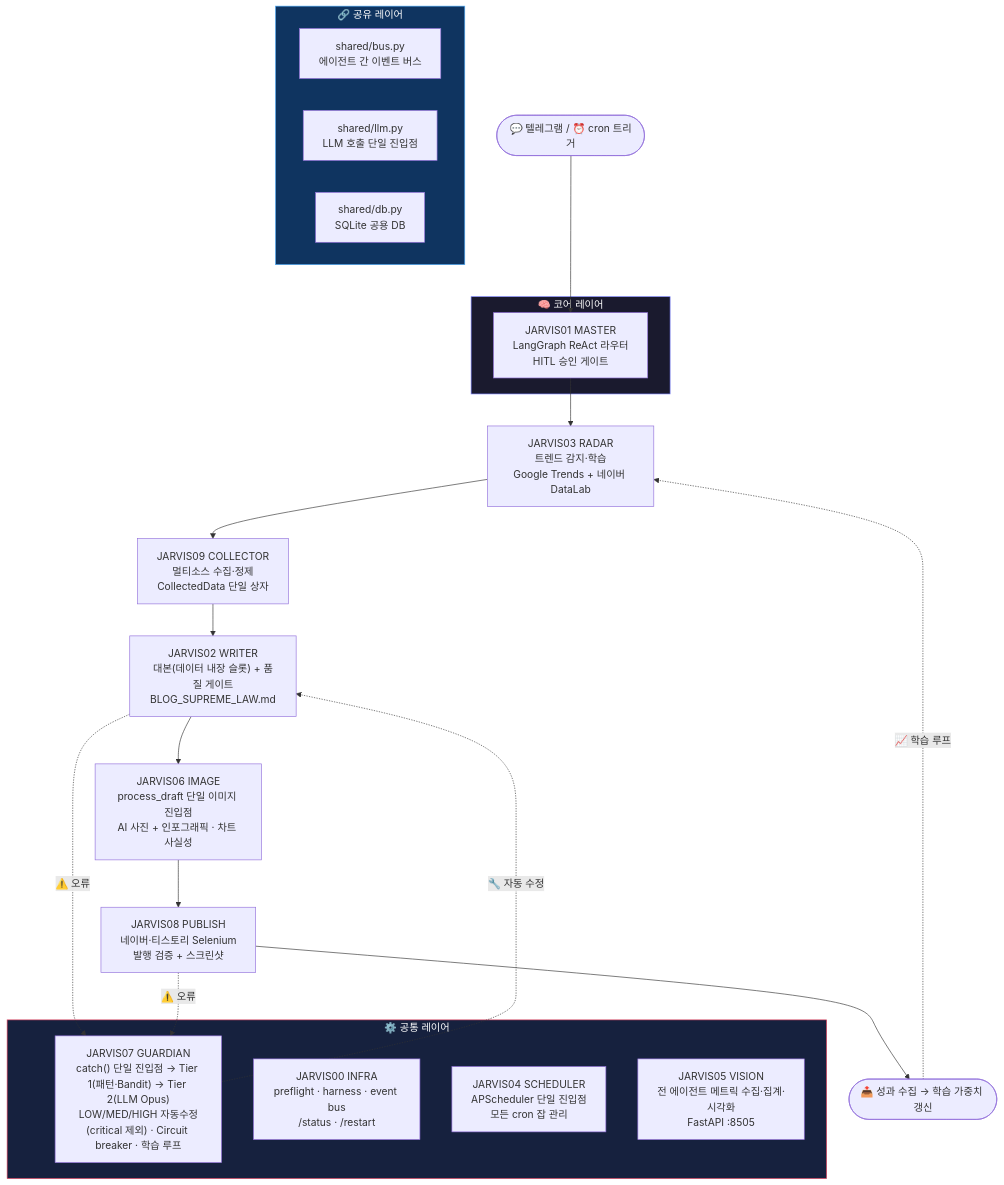
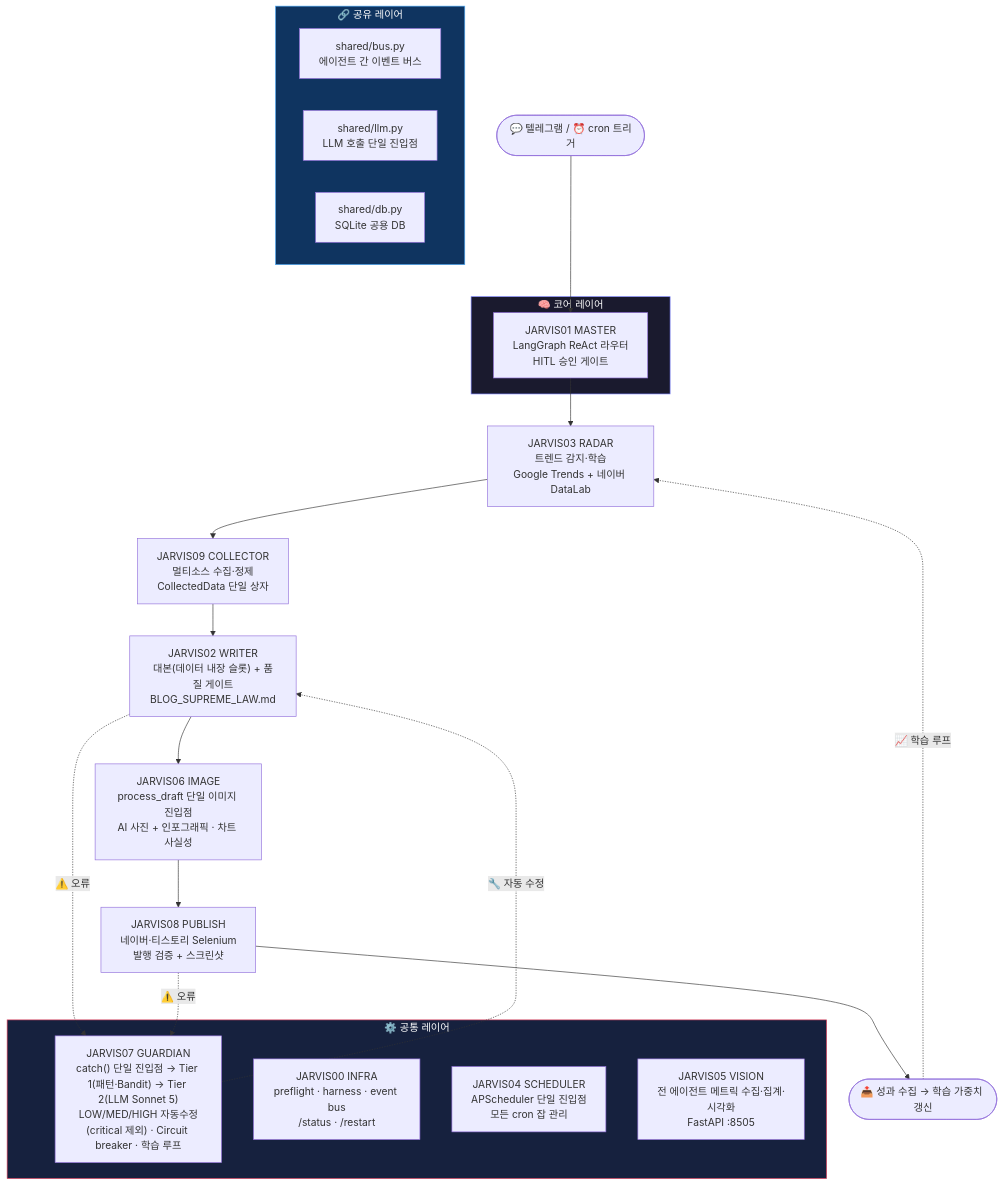
Before and after one commit to youandi3535/jarvis-agent: the first of 3 diagrams in README.md, drawn with Mermaid. The commit also changed other lines of this file and 36 other files, not shown here.

First line of the commit message:
hj : 모델 Sonnet 5 단일 통일 + Tier 2 재시도 상한 신설 + 전체 재시도 3회 통일 (ADR 017)

````diff
--- a/README.md
+++ b/README.md
@@ -114,37 +116,37 @@
 ```mermaid
 flowchart TD
     A(["💬 텔레그램 / ⏰ cron 트리거"]) --> B
 
     subgraph CORE["🧠 코어 레이어"]
         B["JARVIS01 MASTER\nLangGraph ReAct 라우터\nHITL 승인 게이트"]
     end
 
     B --> C["JARVIS03 RADAR\n트렌드 감지·학습\nGoogle Trends + 네이버 DataLab"]
     C --> D["JARVIS09 COLLECTOR\n멀티소스 수집·정제\nCollectedData 단일 상자"]
     D --> E["JARVIS02 WRITER\n대본(데이터 내장 슬롯) + 품질 게이트\nBLOG_SUPREME_LAW.md"]
     E --> F["JARVIS06 IMAGE\nprocess_draft 단일 이미지 진입점\nAI 사진 + 인포그래픽 · 차트 사실성"]
     F --> G["JARVIS08 PUBLISH\n네이버·티스토리 Selenium\n발행 검증 + 스크린샷"]
     G --> H(["📤 성과 수집 → 학습 가중치 갱신"])
     H -. "📈 학습 루프" .-> C
 
     subgraph COMMON["⚙️ 공통 레이어"]
-        I["JARVIS07 GUARDIAN\ncatch() 단일 진입점 → Tier 1(패턴·Bandit) → Tier 2(LLM Opus)\nLOW/MED/HIGH 자동수정(critical 제외) · Circuit breaker · 학습 루프"]
+        I["JARVIS07 GUARDIAN\ncatch() 단일 진입점 → Tier 1(패턴·Bandit) → Tier 2(LLM Sonnet 5)\nLOW/MED/HIGH 자동수정(critical 제외) · Circuit breaker · 학습 루프"]
         J["JARVIS00 INFRA\npreflight · harness · event bus\n/status · /restart"]
         K["JARVIS04 SCHEDULER\nAPScheduler 단일 진입점\n모든 cron 잡 관리"]
         O["JARVIS05 VISION\n전 에이전트 메트릭 수집·집계·시각화\nFastAPI :8505"]
     end
 
     E -. "⚠️ 오류" .-> I
     G -. "⚠️ 오류" .-> I
     I -. "🔧 자동 수정" .-> E
 
     subgraph SHARED["🔗 공유 레이어"]
         L["shared/bus.py\n에이전트 간 이벤트 버스"]
         M["shared/llm.py\nLLM 호출 단일 진입점"]
         N["shared/db.py\nSQLite 공용 DB"]
     end
 
     style CORE fill:#1a1a2e,stroke:#7c83fd,color:#fff
     style COMMON fill:#16213e,stroke:#e94560,color:#fff
     style SHARED fill:#0f3460,stroke:#4dabf7,color:#fff
 ```
````
